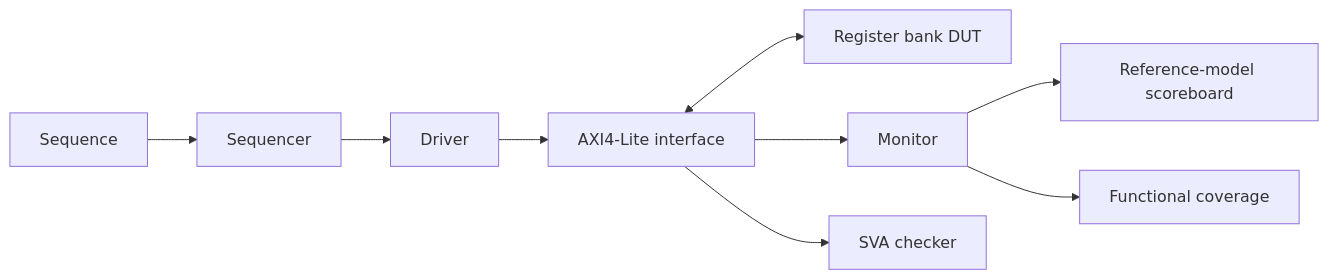
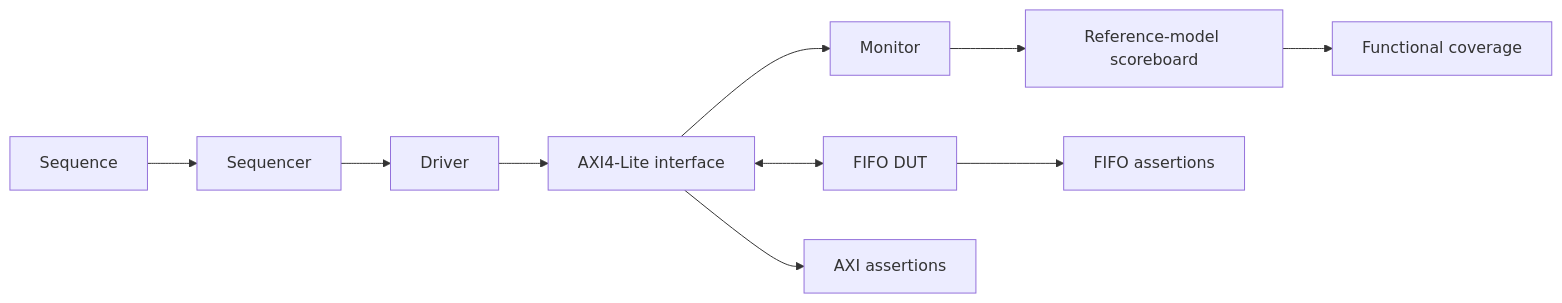
Before and after one commit to vthahtoan/axi4-lite-uvm-verification: the diagram in README.md, drawn with Mermaid. The commit also changed other lines of this file and 21 other files, not shown here.

Commit message:
Update AXI4-Lite verification project to FIFO peripheral

````diff
--- a/README.md
+++ b/README.md
@@ -44,11 +27,12 @@
 ```mermaid
 flowchart LR
     SEQ[Sequence] --> SEQR[Sequencer]
     SEQR --> DRV[Driver]
     DRV --> IF[AXI4-Lite interface]
-    IF <--> DUT[Register bank DUT]
+    IF <--> DUT[FIFO DUT]
     IF --> MON[Monitor]
     MON --> SCB[Reference-model scoreboard]
-    MON --> COV[Functional coverage]
-    IF --> SVA[SVA checker]
+    SCB --> COV[Functional coverage]
+    IF --> AXISVA[AXI assertions]
+    DUT --> FIFOSVA[FIFO assertions]
 ```
````
